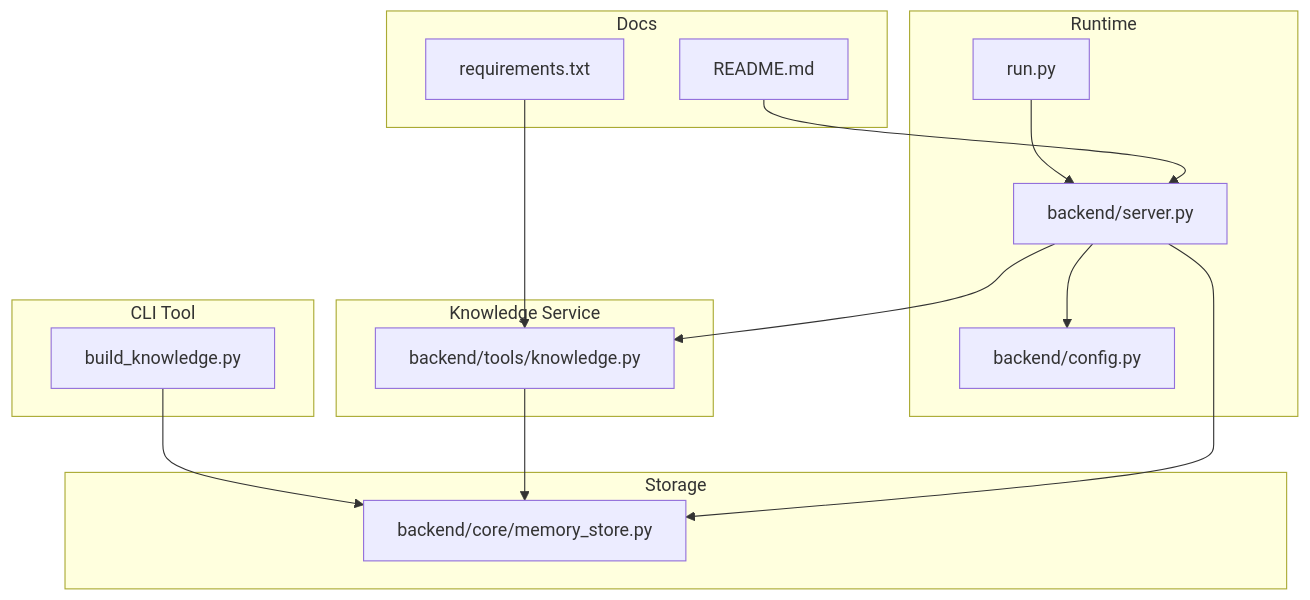
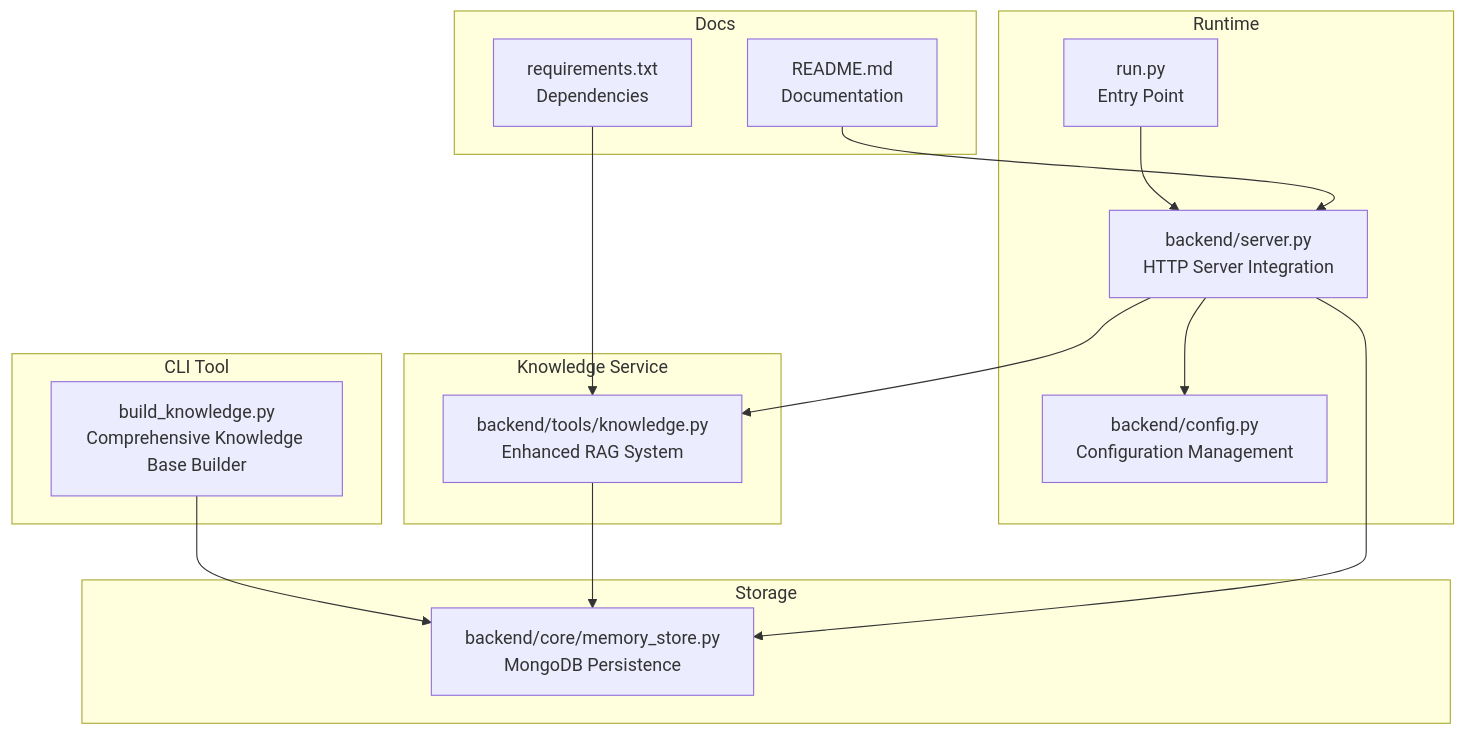
One commit to Sovetsky-Soyuz/AI-Assistant changed the first of 7 diagrams in .qoder/repowiki/en/content/Features and Capabilities/Knowledge Management and RAG.md. Above: the diagram before and after it, drawn with Mermaid. The commit also changed other lines of this file and 14 other files, not shown here.

````diff
--- a/.qoder/repowiki/en/content/Features and Capabilities/Knowledge Management and RAG.md
+++ b/.qoder/repowiki/en/content/Features and Capabilities/Knowledge Management and RAG.md
@@ -37,29 +47,29 @@
 ```mermaid
 graph TB
 subgraph "CLI Tool"
-BK["build_knowledge.py"]
+BK["build_knowledge.py<br/>Comprehensive Knowledge Base Builder"]
 end
 subgraph "Knowledge Service"
-KS["backend/tools/knowledge.py"]
+KS["backend/tools/knowledge.py<br/>Enhanced RAG System"]
 end
 subgraph "Storage"
-MS["backend/core/memory_store.py"]
+MS["backend/core/memory_store.py<br/>MongoDB Persistence"]
 end
 subgraph "Runtime"
-CFG["backend/config.py"]
-SRV["backend/server.py"]
-RUN["run.py"]
+CFG["backend/config.py<br/>Configuration Management"]
+SRV["backend/server.py<br/>HTTP Server Integration"]
+RUN["run.py<br/>Entry Point"]
 end
 subgraph "Docs"
-RD["README.md"]
-REQ["requirements.txt"]
+RD["README.md<br/>Documentation"]
+REQ["requirements.txt<br/>Dependencies"]
 end
 BK --> MS
 KS --> MS
 SRV --> KS
 SRV --> MS
 SRV --> CFG
 RUN --> SRV
 RD --> SRV
 REQ --> KS
 ```
````
